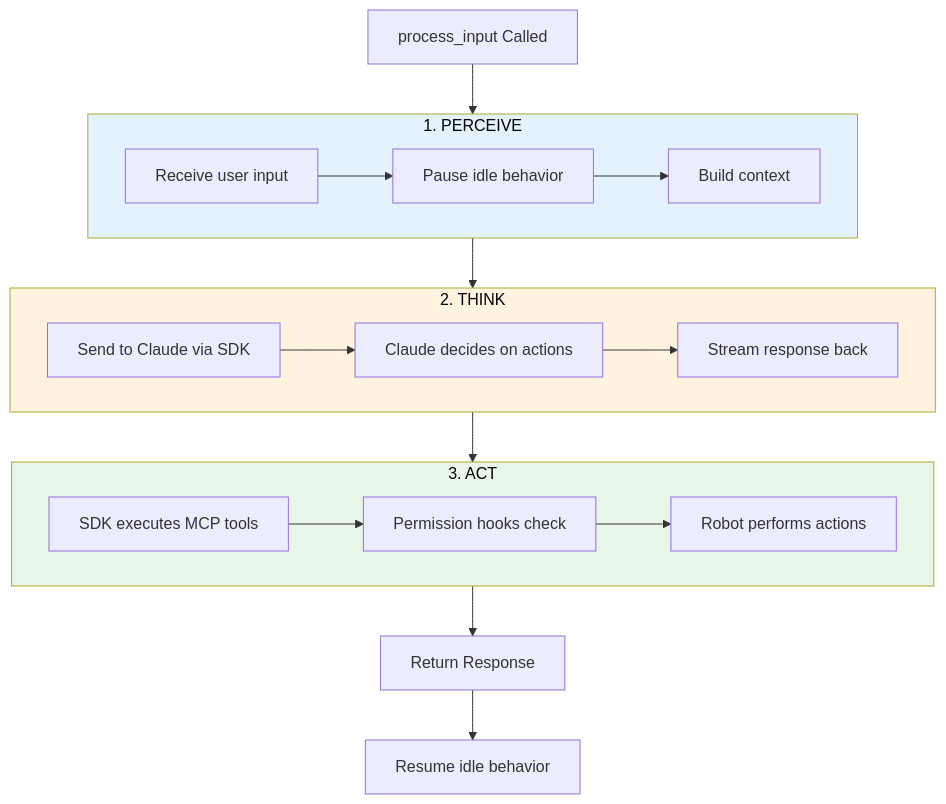
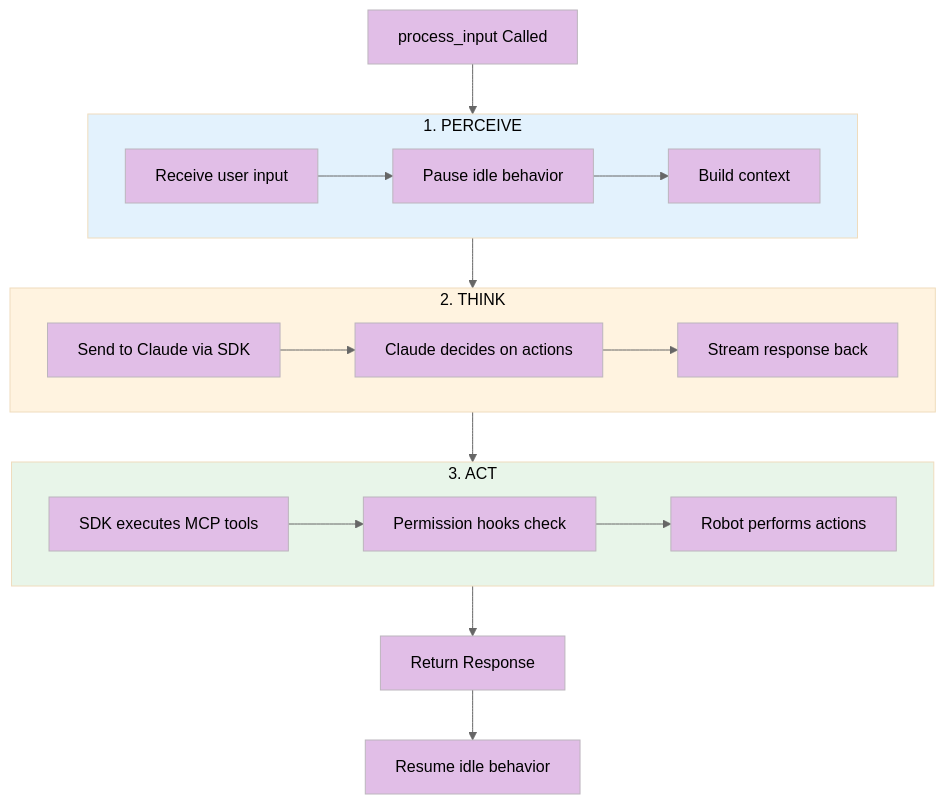
One commit to jawhnycooke/claude-in-the-shell changed the first of 3 diagrams in docs/architecture/agent-loop.md. Above: the diagram before and after it, drawn with Mermaid. The commit also changed other lines of this file, not shown here.

Commit message:
Use base theme with black text for all Mermaid diagrams

````diff
--- a/docs/architecture/agent-loop.md
+++ b/docs/architecture/agent-loop.md
@@ -7,36 +7,37 @@
 ```mermaid
+%%{init: {'theme': 'base', 'themeVariables': { 'primaryTextColor': '#000', 'secondaryTextColor': '#000', 'tertiaryTextColor': '#000', 'lineColor': '#666', 'primaryColor': '#e1bee7', 'secondaryColor': '#e3f2fd', 'tertiaryColor': '#fff3e0'}}}%%
 flowchart TB
     START[process_input Called] --> PERCEIVE
 
     subgraph PERCEIVE["1. PERCEIVE"]
         P1[Receive user input]
         P2[Pause idle behavior]
         P3[Build context]
         P1 --> P2 --> P3
     end
 
     PERCEIVE --> THINK
 
     subgraph THINK["2. THINK"]
         T1[Send to Claude via SDK]
         T2[Claude decides on actions]
         T3[Stream response back]
         T1 --> T2 --> T3
     end
 
     THINK --> ACT
 
     subgraph ACT["3. ACT"]
         A1[SDK executes MCP tools]
         A2[Permission hooks check]
         A3[Robot performs actions]
         A1 --> A2 --> A3
     end
 
     ACT --> RETURN[Return Response]
     RETURN --> RESUME[Resume idle behavior]
 
-    style PERCEIVE fill:#e3f2fd,color:#000
-    style THINK fill:#fff3e0,color:#000
-    style ACT fill:#e8f5e9,color:#000
+    style PERCEIVE fill:#e3f2fd
+    style THINK fill:#fff3e0
+    style ACT fill:#e8f5e9
 ```
````
